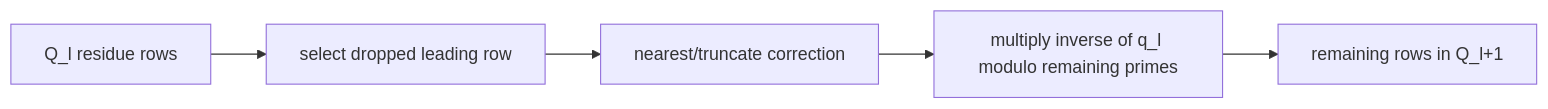
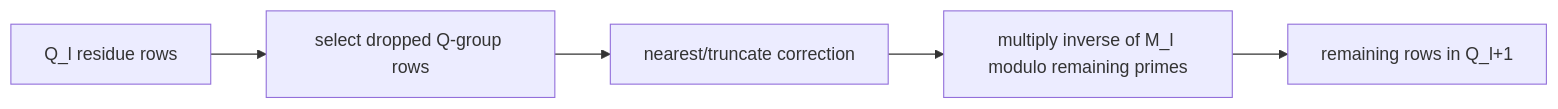
Before and after one commit to visualDust/fhelium: the seventh of 7 diagrams in docs/developer/multiplication-keyswitch-rescale.md, drawn with Mermaid. The commit also changed other lines of this file and 369 other files, not shown here.

````diff
--- a/docs/developer/multiplication-keyswitch-rescale.md
+++ b/docs/developer/multiplication-keyswitch-rescale.md
@@ -240,9 +241,9 @@
 ```mermaid
 flowchart LR
     IN[Q_l residue rows]
-    DROP[select dropped leading row]
+    DROP[select dropped Q-group rows]
     ROUND[nearest/truncate correction]
-    INV[multiply inverse of q_l modulo remaining primes]
+    INV[multiply inverse of M_l modulo remaining primes]
     OUT[remaining rows in Q_l+1]
     IN --> DROP --> ROUND --> INV --> OUT
 ```
````
